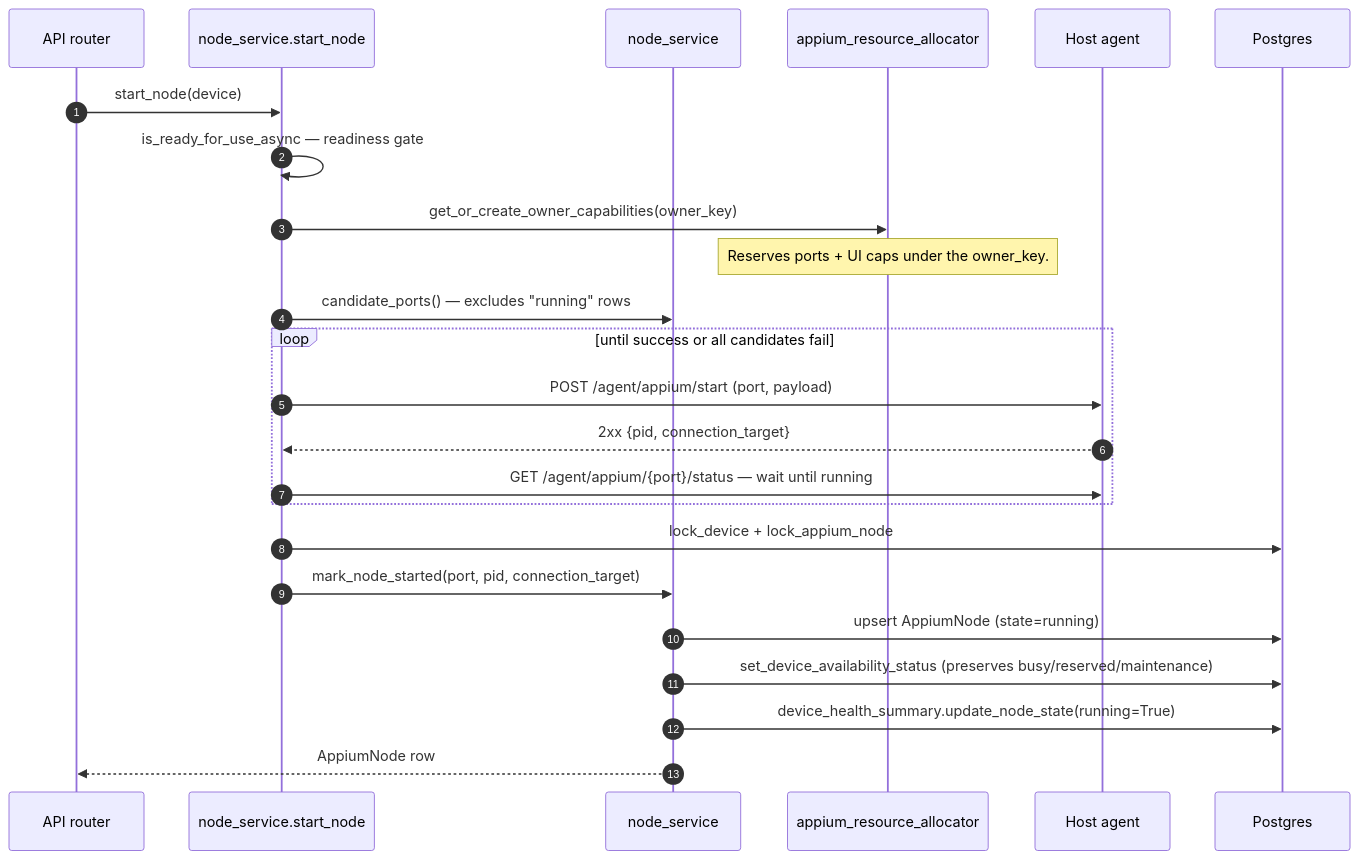
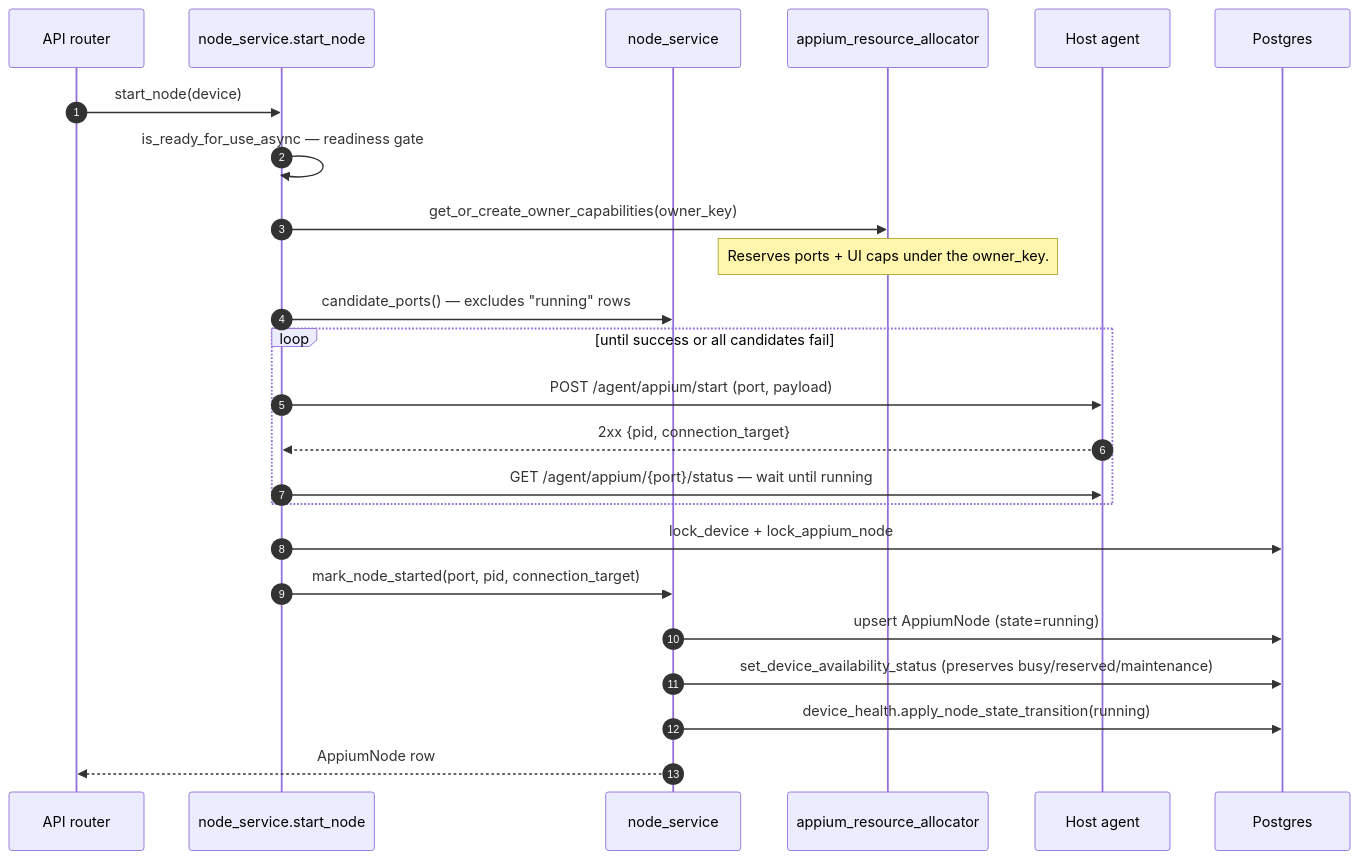
Before and after one commit to quidow/gridfleet: the second of 5 diagrams in docs/design/02-node-lifecycle.md, drawn with Mermaid. The commit also changed other lines of this file and 45 other files, not shown here.

First line of the commit message:
refactor(backend)!: derive device health summary on read (#78)

````diff
--- a/docs/design/02-node-lifecycle.md
+++ b/docs/design/02-node-lifecycle.md
@@ -57,27 +57,27 @@
 ```mermaid
 sequenceDiagram
     autonumber
     participant API as API router
     participant NM as node_service.start_node
     participant State as node_service
     participant Alloc as appium_resource_allocator
     participant Agent as Host agent
     participant Pg as Postgres
 
     API->>NM: start_node(device)
     NM->>NM: is_ready_for_use_async — readiness gate
     NM->>Alloc: get_or_create_owner_capabilities(owner_key)
     Note over Alloc: Reserves ports + UI caps under the owner_key.
     NM->>State: candidate_ports() — excludes "running" rows
     loop until success or all candidates fail
         NM->>Agent: POST /agent/appium/start (port, payload)
         Agent-->>NM: 2xx {pid, connection_target}
         NM->>Agent: GET /agent/appium/{port}/status — wait until running
     end
     NM->>Pg: lock_device + lock_appium_node
     NM->>State: mark_node_started(port, pid, connection_target)
     State->>Pg: upsert AppiumNode (state=running)
     State->>Pg: set_device_availability_status (preserves busy/reserved/maintenance)
-    State->>Pg: device_health_summary.update_node_state(running=True)
+    State->>Pg: device_health.apply_node_state_transition(running)
     State-->>API: AppiumNode row
 ```
````
